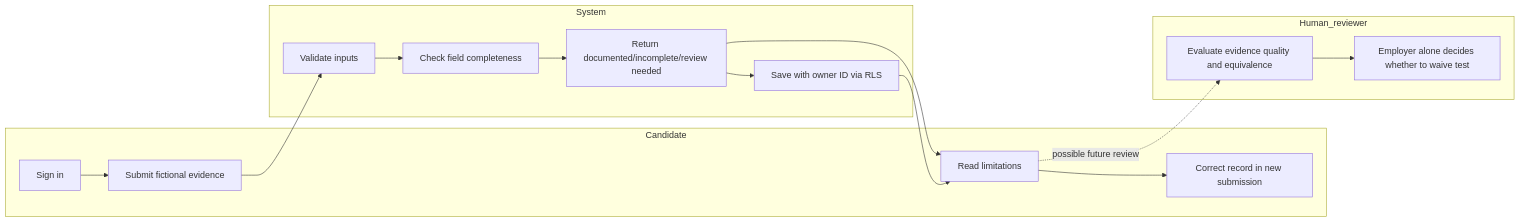
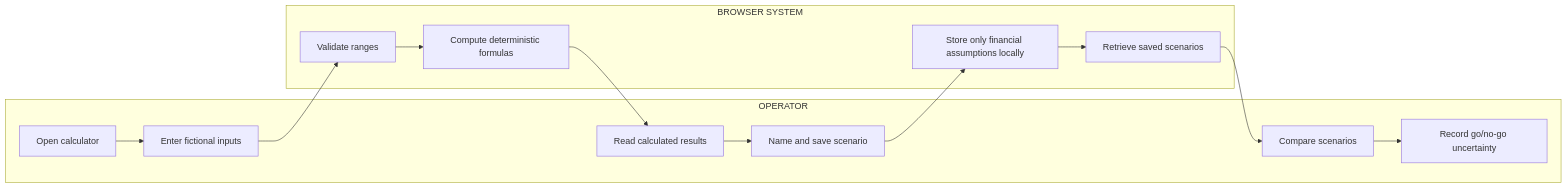
The third of 4 diagrams in docs/PACKET.md (ssofiabuildss/first-proof-week12), drawn with Mermaid before and after one commit. The commit also changed other lines of this file and 1 other file, not shown here.

````diff
--- a/docs/PACKET.md
+++ b/docs/PACKET.md
@@ -34,21 +86,16 @@
 ```mermaid
 flowchart LR
-  subgraph Candidate
-    A[Sign in] --> B[Submit fictional evidence]
-    F[Read limitations] --> G[Correct record in new submission]
-  end
-  subgraph System
-    C[Validate inputs] --> D[Check field completeness]
-    D --> E[Return documented/incomplete/review needed]
-    E --> H[Save with owner ID via RLS]
-  end
-  subgraph Human_reviewer
-    I[Evaluate evidence quality and equivalence]
-    J[Employer alone decides whether to waive test]
-    I --> J
-  end
-  B --> C
-  E --> F
-  H --> F
-  F -. possible future review .-> I
+ subgraph OP[OPERATOR]
+  A[Open calculator] --> B[Enter fictional inputs]
+  C[Read calculated results] --> D[Name and save scenario]
+  E[Compare scenarios] --> F[Record go/no-go uncertainty]
+ end
+ subgraph SYS[BROWSER SYSTEM]
+  G[Validate ranges] --> H[Compute deterministic formulas]
+  I[Store only financial assumptions locally] --> J[Retrieve saved scenarios]
+ end
+ B --> G
+ H --> C
+ D --> I
+ J --> E
 ```
````
